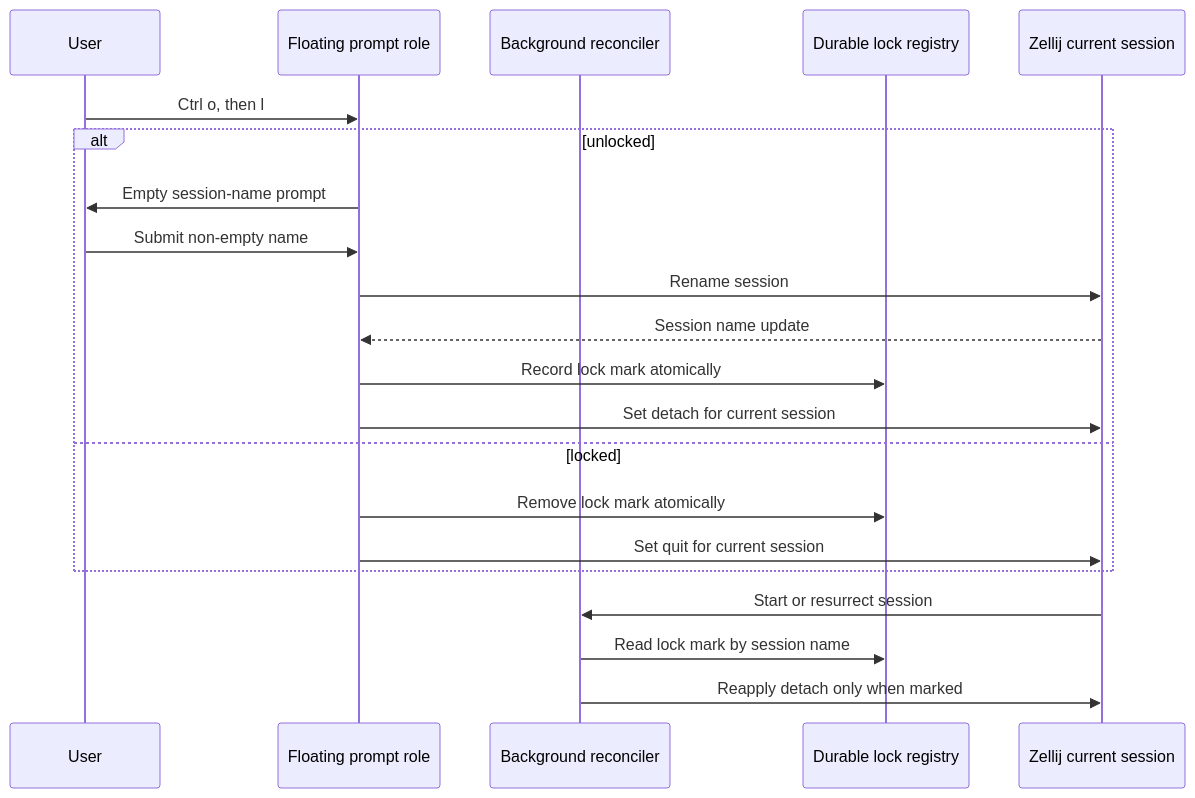
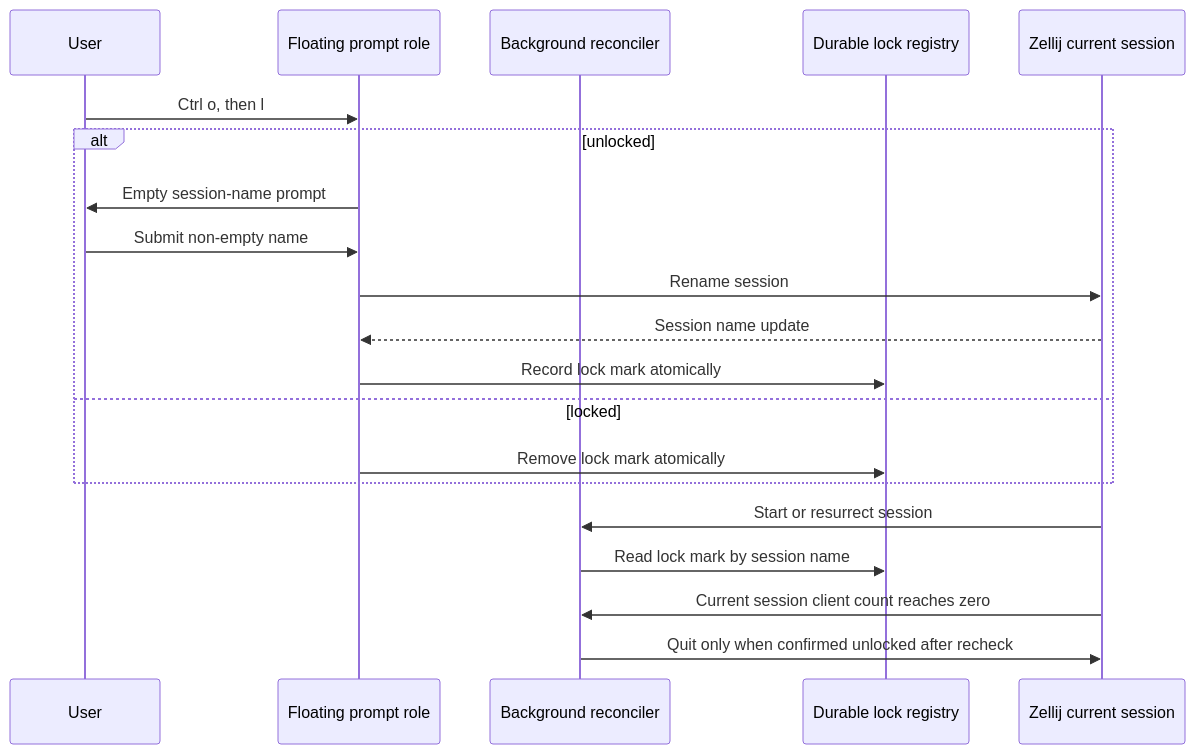
One commit to eduardoleal/zellij-tab-namer changed the second of 2 diagrams in docs/plans/2026-07-23-001-feat-session-persistence-plan.md. Above: the diagram before and after it, drawn with Mermaid. The commit also changed other lines of this file and 7 other files, not shown here.

````diff
--- a/docs/plans/2026-07-23-001-feat-session-persistence-plan.md
+++ b/docs/plans/2026-07-23-001-feat-session-persistence-plan.md
@@ -183,23 +190,22 @@
 ```mermaid
 sequenceDiagram
   participant U as User
   participant P as Floating prompt role
   participant B as Background reconciler
   participant S as Durable lock registry
   participant Z as Zellij current session
   U->>P: Ctrl o, then l
   alt unlocked
     P->>U: Empty session-name prompt
     U->>P: Submit non-empty name
     P->>Z: Rename session
     Z-->>P: Session name update
     P->>S: Record lock mark atomically
-    P->>Z: Set detach for current session
   else locked
     P->>S: Remove lock mark atomically
-    P->>Z: Set quit for current session
   end
   Z->>B: Start or resurrect session
   B->>S: Read lock mark by session name
-  B->>Z: Reapply detach only when marked
+  Z->>B: Current session client count reaches zero
+  B->>Z: Quit only when confirmed unlocked after recheck
 ```
````
